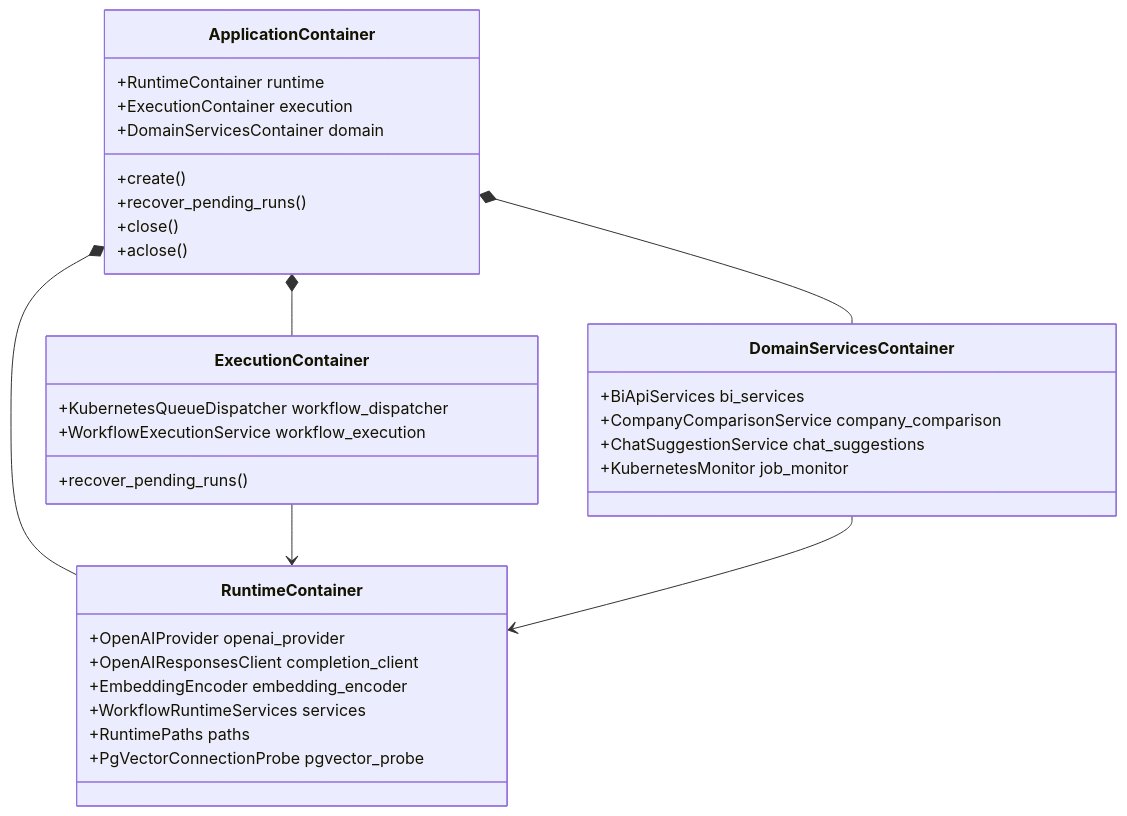
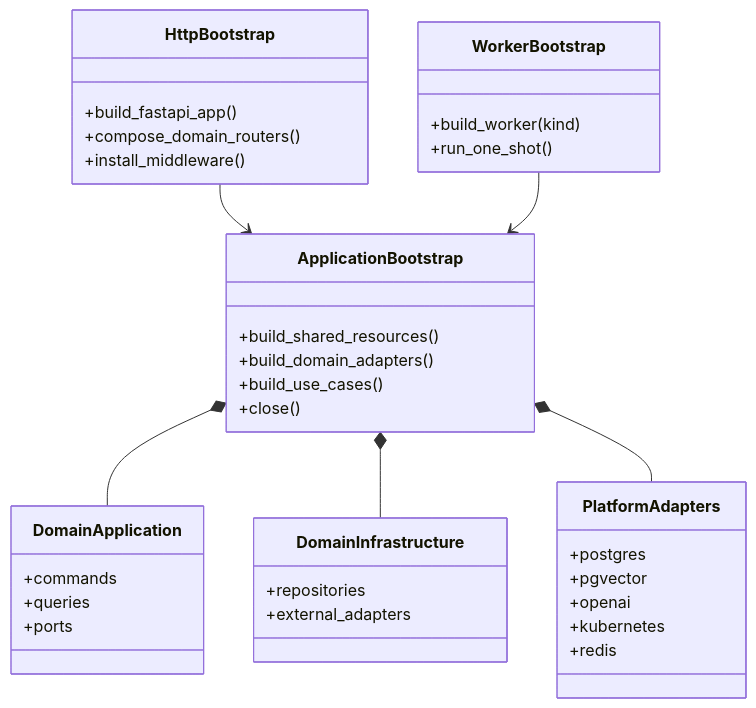
Before and after one commit to bist-mini-final/bist-mini-final: the second of 2 diagrams in docs/blueprints/01_system_blueprints/BP-101_system_architecture_blueprint.md, drawn with Mermaid. The commit also changed other lines of this file and 22 other files, not shown here.

Commit message:
docs: redefine blueprints as target architecture

````diff
--- a/docs/blueprints/01_system_blueprints/BP-101_system_architecture_blueprint.md
+++ b/docs/blueprints/01_system_blueprints/BP-101_system_architecture_blueprint.md
@@ -57,36 +60,39 @@
 ```mermaid
 classDiagram
-    class ApplicationContainer {
-        +RuntimeContainer runtime
-        +ExecutionContainer execution
-        +DomainServicesContainer domain
-        +create()
-        +recover_pending_runs()
+    class ApplicationBootstrap {
+        +build_shared_resources()
+        +build_domain_adapters()
+        +build_use_cases()
         +close()
-        +aclose()
     }
-    class RuntimeContainer {
-        +OpenAIProvider openai_provider
-        +OpenAIResponsesClient completion_client
-        +EmbeddingEncoder embedding_encoder
-        +WorkflowRuntimeServices services
-        +RuntimePaths paths
-        +PgVectorConnectionProbe pgvector_probe
+    class HttpBootstrap {
+        +build_fastapi_app()
+        +compose_domain_routers()
+        +install_middleware()
     }
-    class ExecutionContainer {
-        +KubernetesQueueDispatcher workflow_dispatcher
-        +WorkflowExecutionService workflow_execution
-        +recover_pending_runs()
+    class WorkerBootstrap {
+        +build_worker(kind)
+        +run_one_shot()
     }
-    class DomainServicesContainer {
-        +BiApiServices bi_services
-        +CompanyComparisonService company_comparison
-        +ChatSuggestionService chat_suggestions
-        +KubernetesMonitor job_monitor
+    class DomainApplication {
+        +commands
+        +queries
+        +ports
     }
-    ApplicationContainer *-- RuntimeContainer
-    ApplicationContainer *-- ExecutionContainer
-    ApplicationContainer *-- DomainServicesContainer
-    ExecutionContainer --> RuntimeContainer
-    DomainServicesContainer --> RuntimeContainer
+    class DomainInfrastructure {
+        +repositories
+        +external_adapters
+    }
+    class PlatformAdapters {
+        +postgres
+        +pgvector
+        +openai
+        +kubernetes
+        +redis
+    }
+    ApplicationBootstrap *-- DomainApplication
+    ApplicationBootstrap *-- DomainInfrastructure
+    ApplicationBootstrap *-- PlatformAdapters
+    HttpBootstrap --> ApplicationBootstrap
+    WorkerBootstrap --> ApplicationBootstrap
 ```
````
